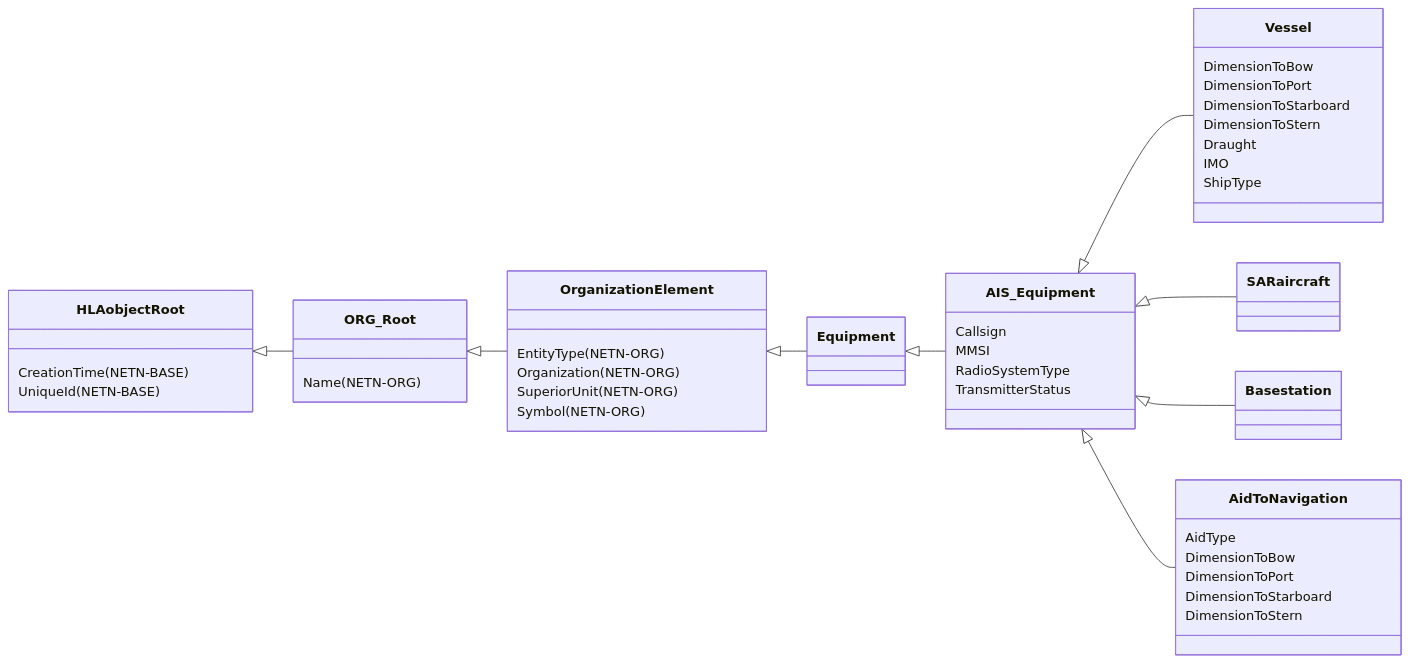
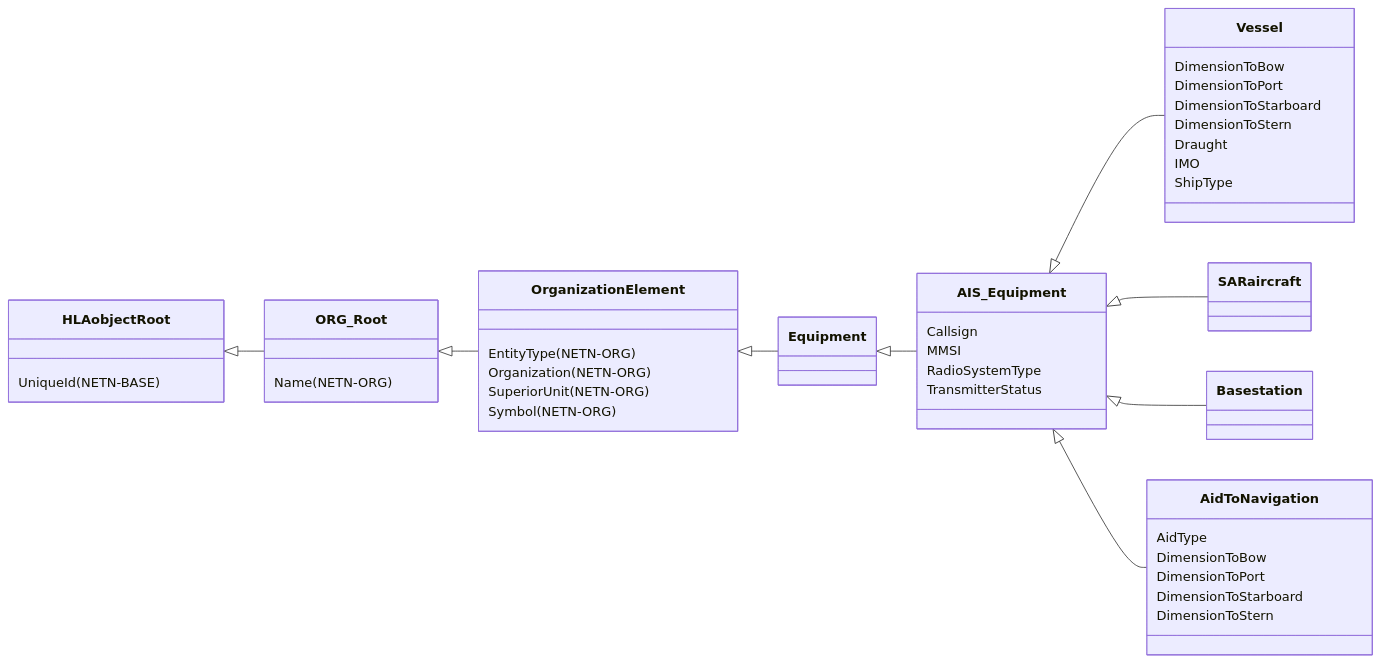
One commit to AMSP-04/NETN-AIS changed the second of 3 diagrams in NETN-AIS.md. Above: the diagram before and after it, drawn with Mermaid. The commit also changed other lines of this file and 1 other file, not shown here.

````diff
--- a/NETN-AIS.md
+++ b/NETN-AIS.md
@@ -180,36 +180,35 @@
 ```mermaid
 classDiagram 
 direction LR
 
 HLAobjectRoot <|-- ORG_Root
-HLAobjectRoot : CreationTime(NETN-BASE)
 HLAobjectRoot : UniqueId(NETN-BASE)
 ORG_Root <|-- OrganizationElement
 ORG_Root : Name(NETN-ORG)
 OrganizationElement <|-- Equipment
 OrganizationElement : EntityType(NETN-ORG)
 OrganizationElement : Organization(NETN-ORG)
 OrganizationElement : SuperiorUnit(NETN-ORG)
 OrganizationElement : Symbol(NETN-ORG)
 Equipment <|-- AIS_Equipment
 AIS_Equipment <|-- Vessel
 AIS_Equipment <|-- SARaircraft
 AIS_Equipment <|-- Basestation
 AIS_Equipment <|-- AidToNavigation
 AIS_Equipment : Callsign
 AIS_Equipment : MMSI
 AIS_Equipment : RadioSystemType
 AIS_Equipment : TransmitterStatus
 Vessel : DimensionToBow
 Vessel : DimensionToPort
 Vessel : DimensionToStarboard
 Vessel : DimensionToStern
 Vessel : Draught
 Vessel : IMO
 Vessel : ShipType
 AidToNavigation : AidType
 AidToNavigation : DimensionToBow
 AidToNavigation : DimensionToPort
 AidToNavigation : DimensionToStarboard
 AidToNavigation : DimensionToStern
 ```
````
